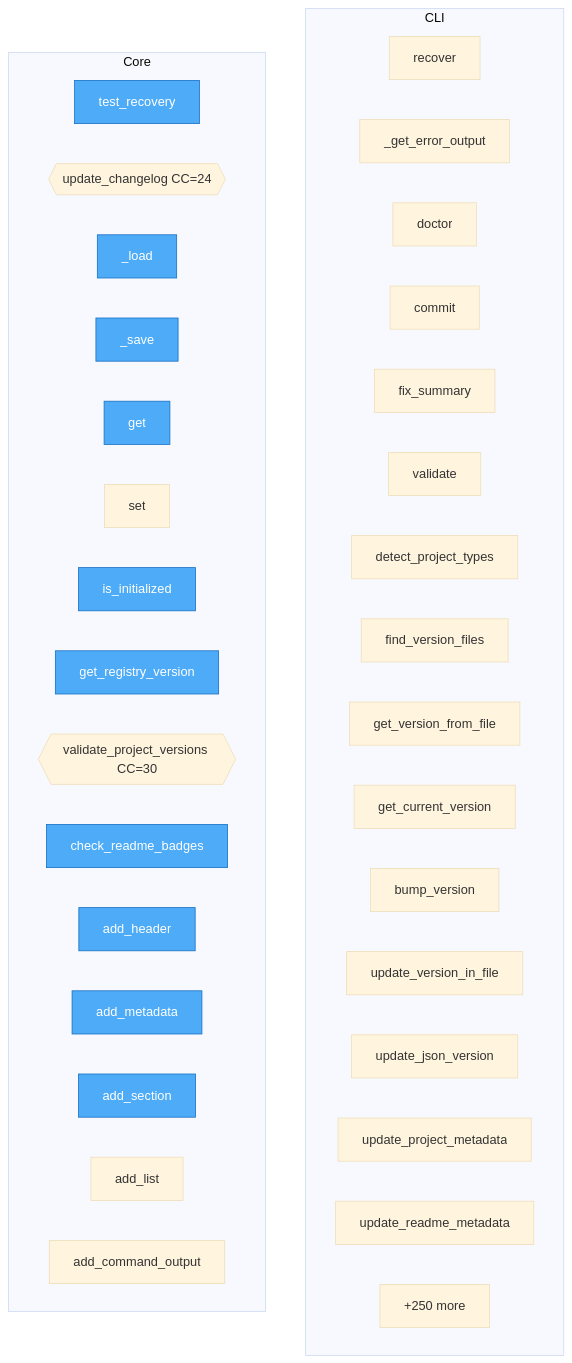
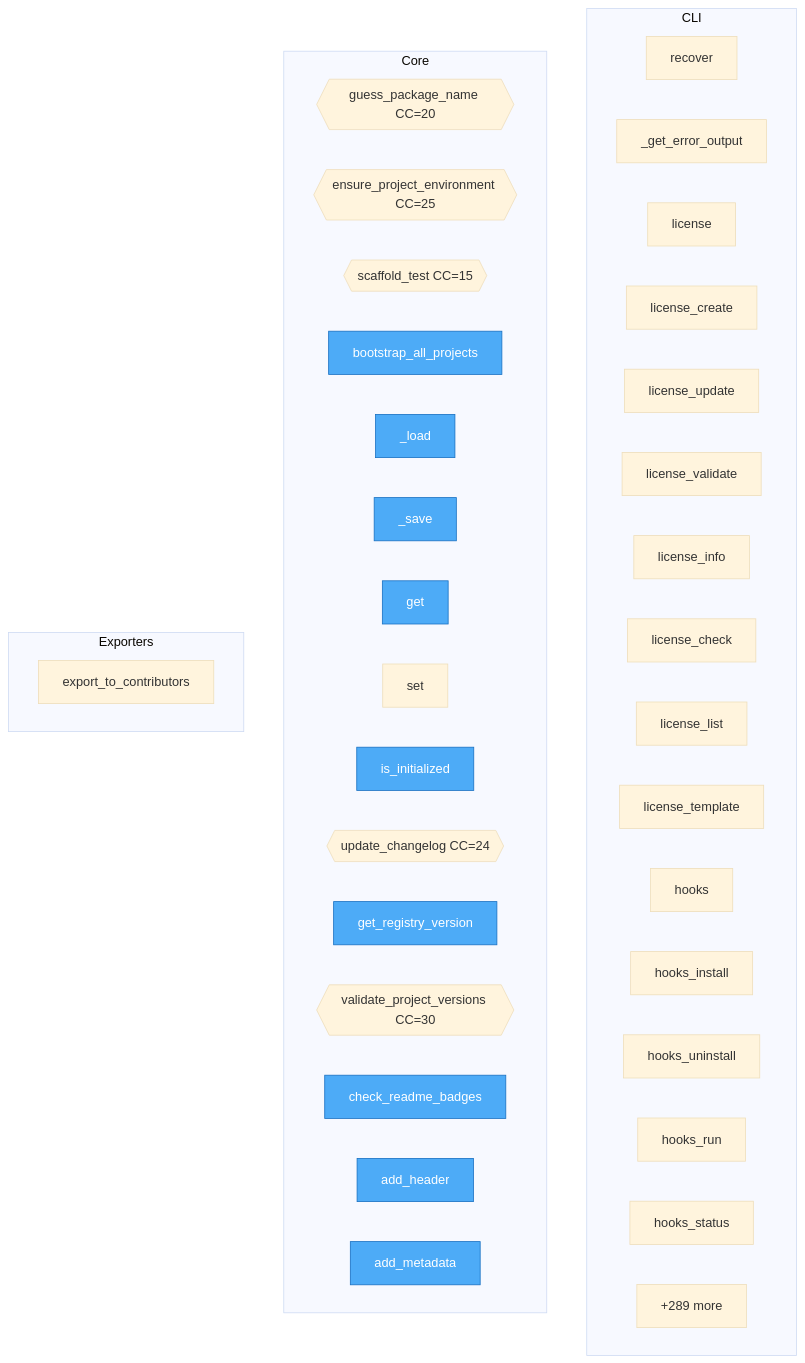
The diagram in project/flow.mmd (semcod/goal), drawn with Mermaid (base theme) before and after one commit. The commit also changed 42 other files, not shown here.

```diff
--- a/project/flow.mmd
+++ b/project/flow.mmd
@@ -1,44 +1,48 @@
 flowchart TD
 
     %% Entry points (blue)
     classDef entry fill:#4dabf7,stroke:#1971c2,color:#fff
 
     subgraph CLI
         goal__cli__recover_cmd__recover["recover"]
         goal__cli__recover_cmd___get_error_output["_get_error_output"]
-        goal__cli__doctor_cmd__doctor["doctor"]
-        goal__cli__commit_cmd__commit["commit"]
-        goal__cli__commit_cmd__fix_summary["fix_summary"]
-        goal__cli__commit_cmd__validate["validate"]
-        goal__cli__version__detect_project_types["detect_project_types"]
-        goal__cli__version__find_version_files["find_version_files"]
-        goal__cli__version__get_version_from_file["get_version_from_file"]
-        goal__cli__version__get_current_version["get_current_version"]
-        goal__cli__version__bump_version["bump_version"]
-        goal__cli__version__update_version_in_file["update_version_in_file"]
-        goal__cli__version__update_json_version["update_json_version"]
-        goal__cli__version__update_project_metadata["update_project_metadata"]
-        goal__cli__version__update_readme_metadata["update_readme_metadata"]
-        ...["+46 more"]
+        goal__cli__license_cmd__license["license"]
+        goal__cli__license_cmd__license_create["license_create"]
+        goal__cli__license_cmd__license_update["license_update"]
+        goal__cli__license_cmd__license_validate["license_validate"]
+        goal__cli__license_cmd__license_info["license_info"]
+        goal__cli__license_cmd__license_check["license_check"]
+        goal__cli__license_cmd__license_list["license_list"]
+        goal__cli__license_cmd__license_template["license_template"]
+        goal__cli__hooks_cmd__hooks["hooks"]
+        goal__cli__hooks_cmd__hooks_install["hooks_install"]
+        goal__cli__hooks_cmd__hooks_uninstall["hooks_uninstall"]
+        goal__cli__hooks_cmd__hooks_run["hooks_run"]
+        goal__cli__hooks_cmd__hooks_status["hooks_status"]
+        ...["+69 more"]
     end
 
     subgraph Core
-        debug_recovery__test_recovery["test_recovery"]
-        goal__changelog__update_changelog{{update_changelog CC=24}}
+        goal__project_bootstrap__guess_package_name{{guess_package_name CC=20}}
+        goal__project_bootstrap__ensure_project_environment{{ensure_project_environment CC=25}}
+        goal__project_bootstrap__scaffold_test{{scaffold_test CC=15}}
+        goal__project_bootstrap__bootstrap_all_projects["bootstrap_all_projects"]
         goal__user_config__UserConfig___load["_load"]
         goal__user_config__UserConfig___save["_save"]
         goal__user_config__UserConfig__get["get"]
         goal__user_config__UserConfig__set["set"]
         goal__user_config__UserConfig__is_initialized["is_initialized"]
+        goal__changelog__update_changelog{{update_changelog CC=24}}
         goal__version_validation__get_registry_version["get_registry_version"]
         goal__version_validation__validate_project_versions{{validate_project_versions CC=30}}
         goal__version_validation__check_readme_badges["check_readme_badges"]
         goal__formatter__MarkdownFormatter__add_header["add_header"]
         goal__formatter__MarkdownFormatter__add_metadata["add_metadata"]
-        goal__formatter__MarkdownFormatter__add_section["add_section"]
-        goal__formatter__MarkdownFormatter__add_list["add_list"]
-        goal__formatter__MarkdownFormatter__add_command_output["add_command_output"]
-        ...["+250 more"]
+        ...["+289 more"]
     end
 
-    class debug_recovery__test_recovery,goal__user_config__UserConfig___load,goal__user_config__UserConfig___save,goal__user_config__UserConfig__get,goal__user_config__UserConfig__is_initialized,goal__version_validation__get_registry_version,goal__version_validation__check_readme_badges,goal__formatter__MarkdownFormatter__add_header,goal__formatter__MarkdownFormatter__add_metadata,goal__formatter__MarkdownFormatter__add_section entry
+    subgraph Exporters
+        goal__authors__manager__AuthorsManager__export_to_contributors["export_to_contributors"]
+    end
+
+    class goal__project_bootstrap__bootstrap_all_projects,goal__user_config__UserConfig___load,goal__user_config__UserConfig___save,goal__user_config__UserConfig__get,goal__user_config__UserConfig__is_initialized,goal__version_validation__get_registry_version,goal__version_validation__check_readme_badges,goal__formatter__MarkdownFormatter__add_header,goal__formatter__MarkdownFormatter__add_metadata,goal__formatter__MarkdownFormatter__add_section entry
```
